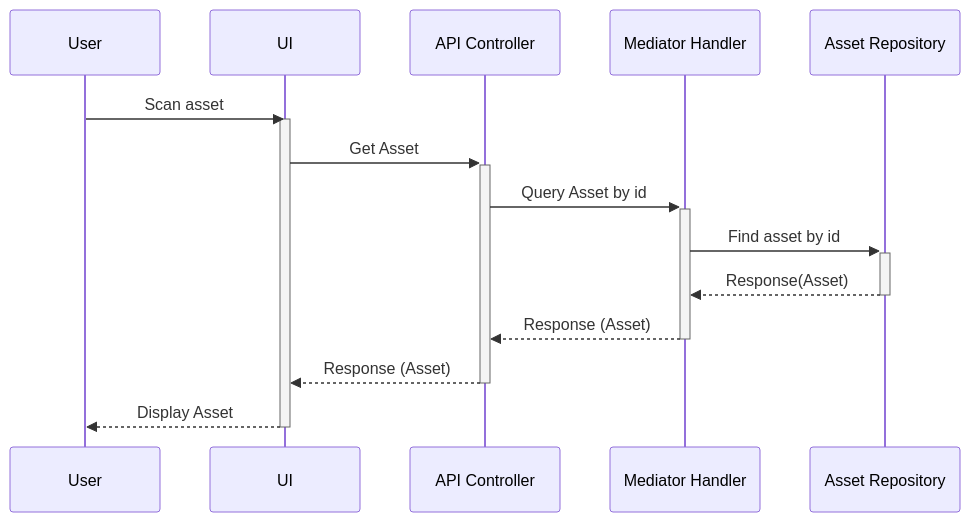
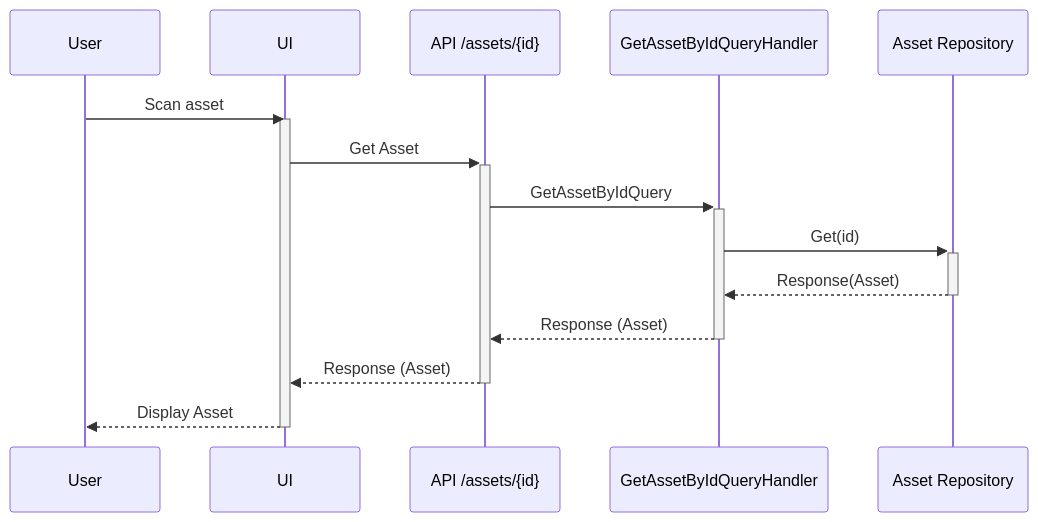
The first of 4 diagrams in docs/sequence-diagrams/read-asset.md (livun/bouvet-asset-hub), drawn with Mermaid before and after one commit. The commit also changed other lines of this file, not shown here.

Commit message:
update seq diagram

````diff
--- a/docs/sequence-diagrams/read-asset.md
+++ b/docs/sequence-diagrams/read-asset.md
@@ -3,15 +3,14 @@
 ```mermaid
 sequenceDiagram
 User ->> UI : Scan asset
     Activate UI
-        UI ->>+ API Controller: Get Asset
-        API Controller ->>+ Mediator Handler : Query Asset by id
-        Mediator Handler ->>+ Asset Repository : Find asset by id
-        Asset Repository -->>- Mediator Handler : Response(Asset)
-        Mediator Handler -->>- API Controller : Response (Asset)
-        API Controller -->>- UI : Response (Asset)
+        UI ->>+ API /assets/{id}: Get Asset
+        API /assets/{id} ->>+ GetAssetByIdQueryHandler : GetAssetByIdQuery
+        GetAssetByIdQueryHandler ->>+ Asset Repository : Get(id)
+        Asset Repository -->>- GetAssetByIdQueryHandler : Response(Asset)
+        GetAssetByIdQueryHandler -->>- API /assets/{id} : Response (Asset)
+        API /assets/{id} -->>- UI : Response (Asset)
         UI -->> User: Display Asset
-
     Deactivate UI
 
 ```
````
